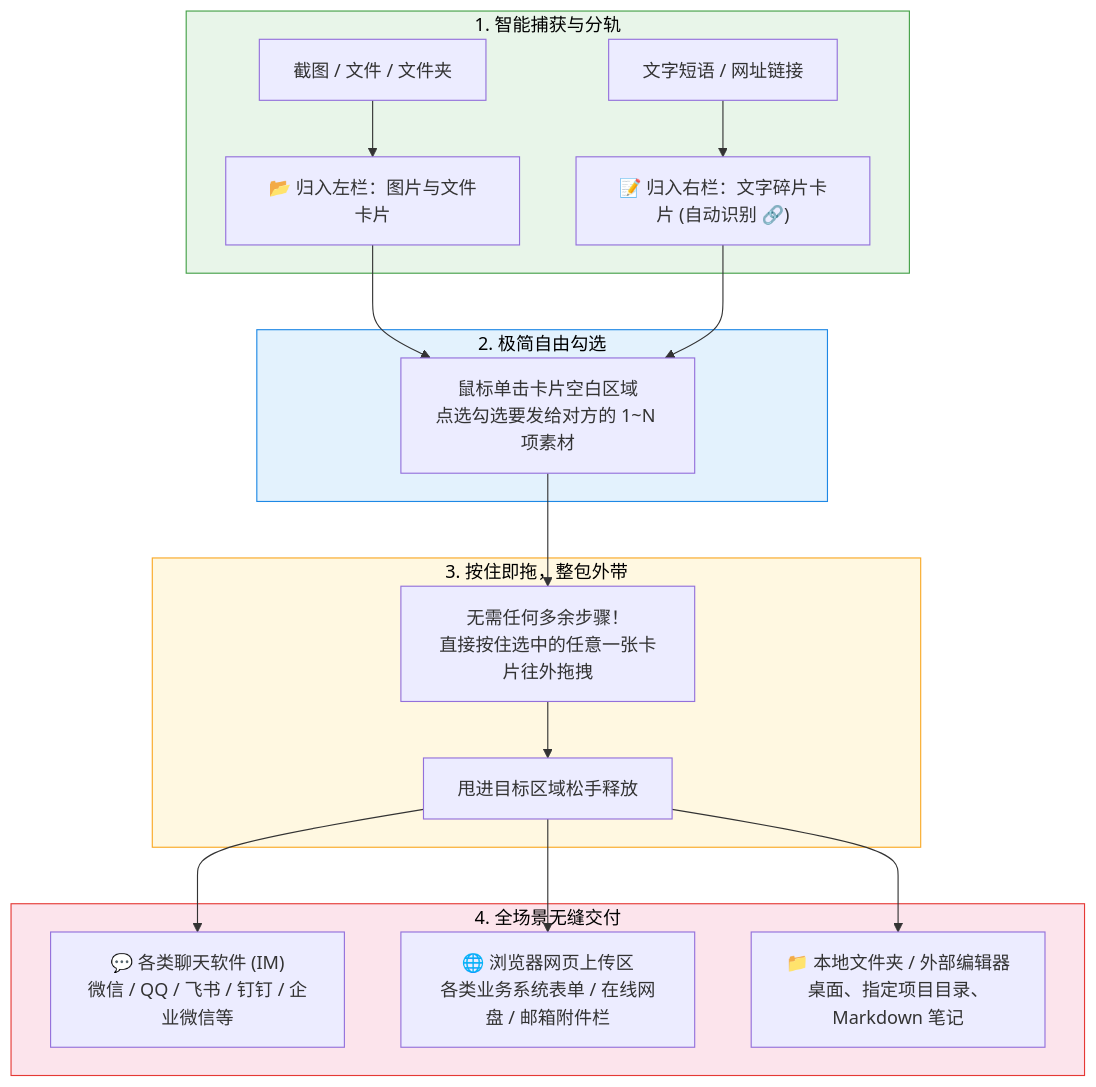
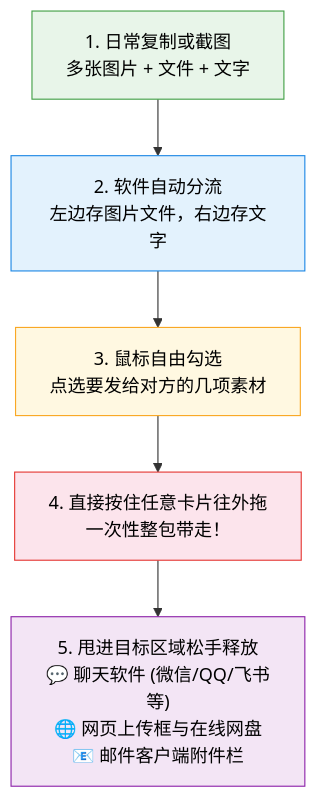
One commit to CatBoss-Paw/EasyClipboard changed the second of 7 diagrams in README.md. Above: the diagram before and after it, drawn with Mermaid. The commit also changed other lines of this file, not shown here.

Commit message:
fix(docs): 全面重构所有Mermaid图为紧凑纵向流，短行规整换行，彻底根除横向挤压与文字截断

````diff
--- a/README.md
+++ b/README.md
@@ -104,28 +74,13 @@
 ```mermaid
 graph TD
-    subgraph INGEST ["1. 智能捕获与分轨"]
-        IN1["截图 / 文件 / 文件夹"] --> L_COL["📂 归入左栏：图片与文件卡片"]
-        IN2["文字短语 / 网址链接"] --> R_COL["📝 归入右栏：文字碎片卡片 (自动识别 🔗)"]
-    end
+    A["1. 日常复制或截图<br/>多张图片 + 文件 + 文字"] --> B["2. 软件自动分流<br/>左边存图片文件，右边存文字"]
+    B --> C["3. 鼠标自由勾选<br/>点选要发给对方的几项素材"]
+    C --> D["4. 直接按住任意卡片往外拖<br/>一次性整包带走！"]
+    D --> E["5. 甩进目标区域松手释放<br/>💬 聊天软件 (微信/QQ/飞书等)<br/>🌐 网页上传框与在线网盘<br/>📧 邮件客户端附件栏"]
 
-    subgraph SELECT ["2. 极简自由勾选"]
-        L_COL --> CHK["鼠标单击卡片空白区域<br/>点选勾选要发给对方的 1~N 项素材"]
-        R_COL --> CHK
-    end
-
-    subgraph DRAG_ACTION ["3. 按住即拖，整包外带"]
-        CHK --> DRAG_START["无需任何多余步骤！<br/>直接按住选中的任意一张卡片往外拖拽"]
-        DRAG_START --> DROP_ZONE["甩进目标区域松手释放"]
-    end
-
-    subgraph TARGETS ["4. 全场景无缝交付"]
-        DROP_ZONE --> T1["💬 各类聊天软件 (IM)<br/>微信 / QQ / 飞书 / 钉钉 / 企业微信等"]
-        DROP_ZONE --> T2["🌐 浏览器网页上传区<br/>各类业务系统表单 / 在线网盘 / 邮箱附件栏"]
-        DROP_ZONE --> T3["📁 本地文件夹 / 外部编辑器<br/>桌面、指定项目目录、Markdown 笔记"]
-    end
-
-    style INGEST fill:#e8f5e9,stroke:#43a047,color:#000
-    style SELECT fill:#e3f2fd,stroke:#1e88e5,color:#000
-    style DRAG_ACTION fill:#fff8e1,stroke:#f9a825,color:#000
-    style TARGETS fill:#fce4ec,stroke:#e53935,color:#000
+    style A fill:#e8f5e9,stroke:#43a047,color:#000
+    style B fill:#e3f2fd,stroke:#1e88e5,color:#000
+    style C fill:#fff8e1,stroke:#f9a825,color:#000
+    style D fill:#fce4ec,stroke:#e53935,color:#000
+    style E fill:#f3e5f5,stroke:#8e24aa,color:#000
 ```
````
